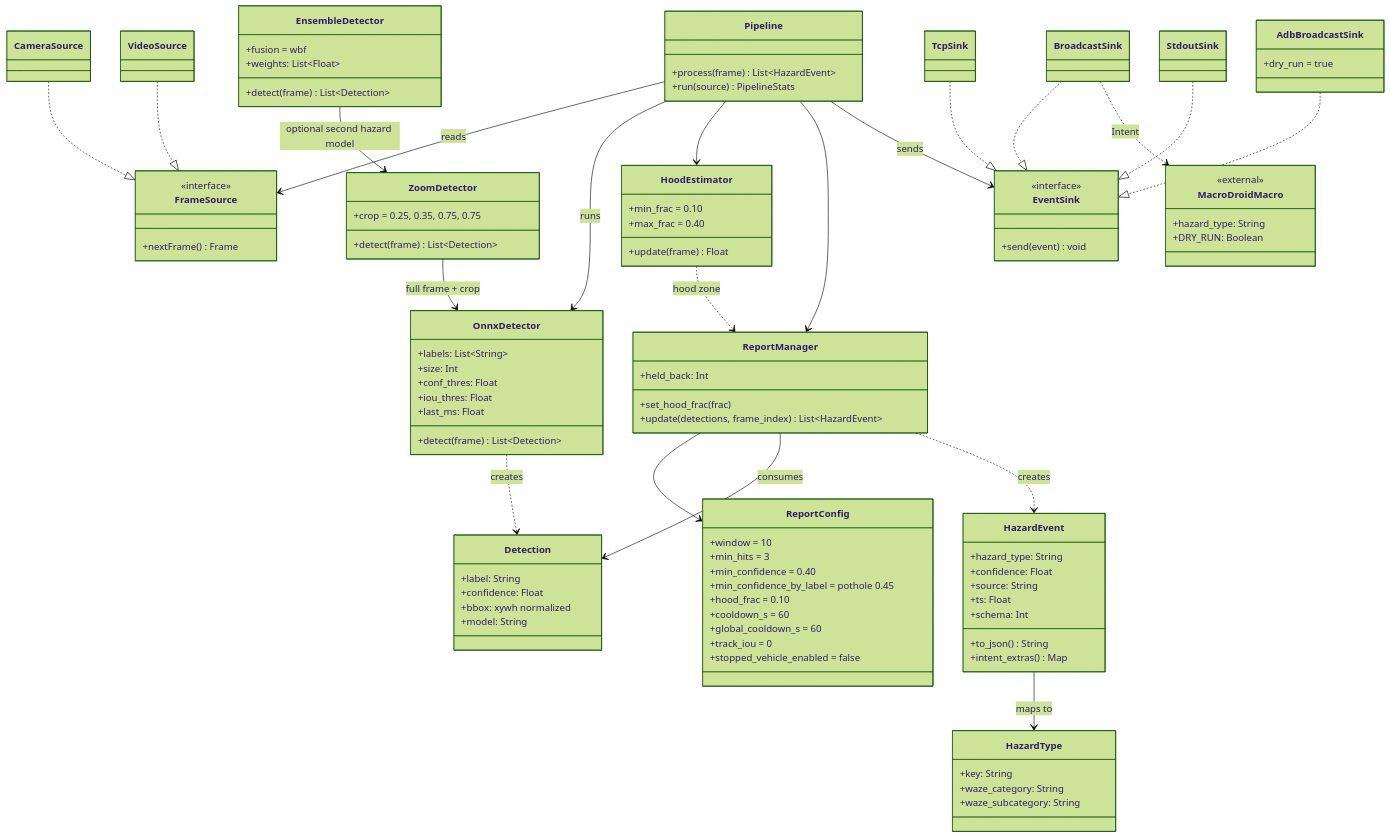
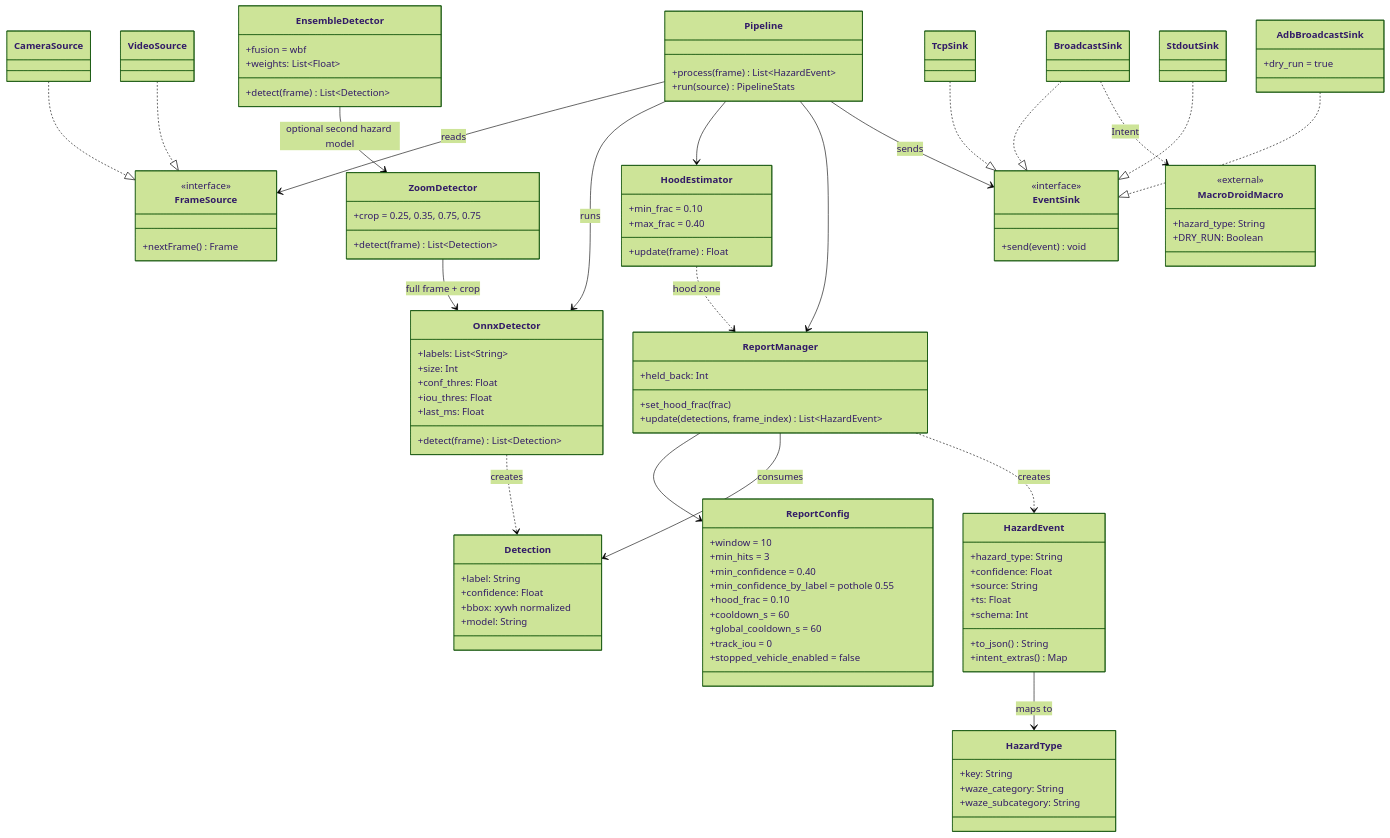
Before and after one commit to blakepennel/wazeomatic: the diagram in docs/diagrams/03_class.mmd, drawn with Mermaid (forest theme). The commit also changed 14 other files, not shown here.

```diff
--- a/docs/diagrams/03_class.mmd
+++ b/docs/diagrams/03_class.mmd
@@ -1,107 +1,107 @@
 classDiagram
     direction TB
 
     class FrameSource {
         <<interface>>
         +nextFrame() Frame
     }
     class CameraSource
     class VideoSource
     class OnnxDetector {
         +labels: List~String~
         +size: Int
         +conf_thres: Float
         +iou_thres: Float
         +last_ms: Float
         +detect(frame) List~Detection~
     }
     class ZoomDetector {
         +crop = 0.25, 0.35, 0.75, 0.75
         +detect(frame) List~Detection~
     }
     class EnsembleDetector {
         +fusion = wbf
         +weights: List~Float~
         +detect(frame) List~Detection~
     }
     class HoodEstimator {
         +min_frac = 0.10
         +max_frac = 0.40
         +update(frame) Float
     }
     class Detection {
         +label: String
         +confidence: Float
         +bbox: xywh normalized
         +model: String
     }
     class Pipeline {
         +process(frame) List~HazardEvent~
         +run(source) PipelineStats
     }
     class ReportConfig {
         +window = 10
         +min_hits = 3
         +min_confidence = 0.40
-        +min_confidence_by_label = pothole 0.45
+        +min_confidence_by_label = pothole 0.55
         +hood_frac = 0.10
         +cooldown_s = 60
         +global_cooldown_s = 60
         +track_iou = 0
         +stopped_vehicle_enabled = false
     }
     class ReportManager {
         +held_back: Int
         +set_hood_frac(frac)
         +update(detections, frame_index) List~HazardEvent~
     }
     class HazardType {
         +key: String
         +waze_category: String
         +waze_subcategory: String
     }
     class HazardEvent {
         +hazard_type: String
         +confidence: Float
         +source: String
         +ts: Float
         +schema: Int
         +to_json() String
         +intent_extras() Map
     }
     class EventSink {
         <<interface>>
         +send(event) void
     }
     class BroadcastSink
     class TcpSink
     class StdoutSink
     class AdbBroadcastSink {
         +dry_run = true
     }
     class MacroDroidMacro {
         <<external>>
         +hazard_type: String
         +DRY_RUN: Boolean
     }
 
     CameraSource ..|> FrameSource
     VideoSource ..|> FrameSource
     Pipeline --> FrameSource : reads
     Pipeline --> OnnxDetector : runs
     Pipeline --> HoodEstimator
     Pipeline --> ReportManager
     Pipeline --> EventSink : sends
     ZoomDetector --> OnnxDetector : full frame + crop
     EnsembleDetector --> ZoomDetector : optional second hazard model
     OnnxDetector ..> Detection : creates
     HoodEstimator ..> ReportManager : hood zone
     ReportManager --> ReportConfig
     ReportManager --> Detection : consumes
     ReportManager ..> HazardEvent : creates
     HazardEvent --> HazardType : maps to
     BroadcastSink ..|> EventSink
     TcpSink ..|> EventSink
     StdoutSink ..|> EventSink
     AdbBroadcastSink ..|> EventSink
     BroadcastSink ..> MacroDroidMacro : Intent
```
